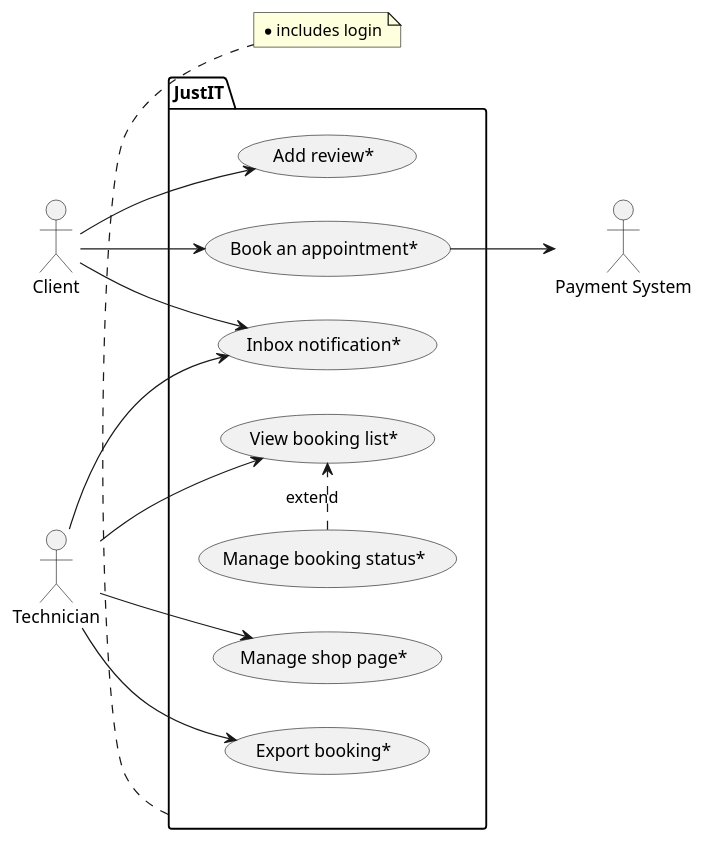
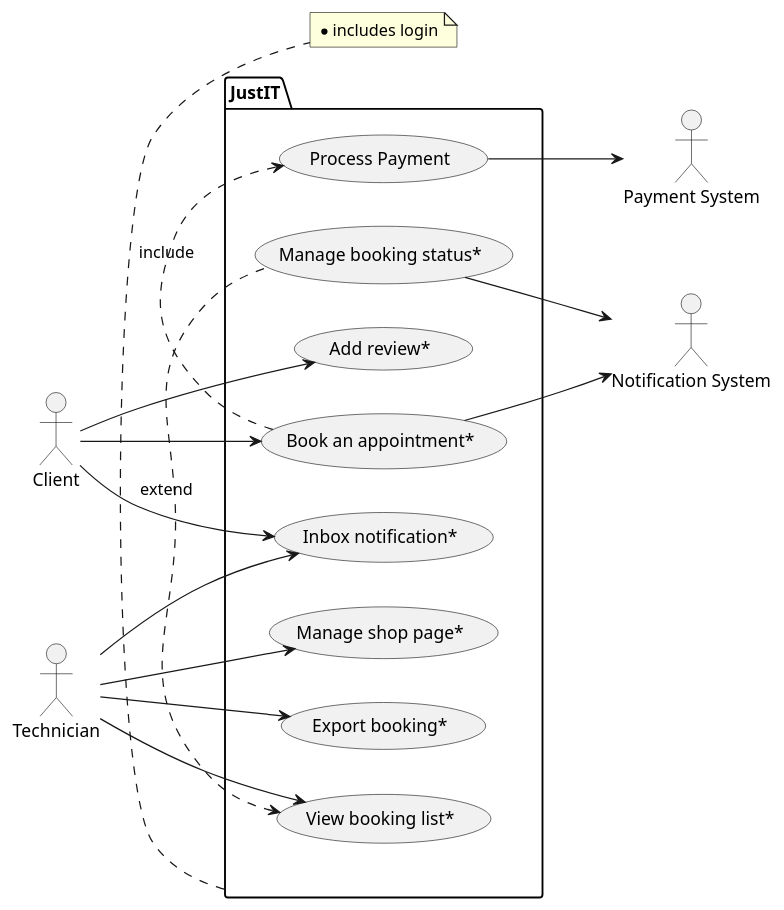
One commit to GiuEliNo/JustIT changed the diagram in doc/use_case/uses_cases_plantuml.md. Above: the diagram before and after it, drawn with PlantUML.

Commit message:
fix (doc): use case diagram update

```diff
--- a/doc/use_case/uses_cases_plantuml.md
+++ b/doc/use_case/uses_cases_plantuml.md
@@ -1,32 +1,39 @@
 @startuml
 left to right direction
 actor "Client" as c
 actor "Technician" as t
+actor "Notification System" as n
 actor "Payment System" as p
+
 
 package JustIT {
 usecase "Add review*" as UC1
 usecase "Book an appointment*" as UC2
 usecase "Inbox notification*" as UC3
 usecase "Manage shop page*" as UC4
 usecase "View booking list*" as UC5
 usecase "Export booking*" as UC6
 usecase "Manage booking status*" as UC7
+usecase "Process Payment" as UC8
+
 
 }
 
 note bottom of JustIT
 * includes login
   end note
 
 c --> UC1
 c --> UC2
 c --> UC3
 t --> UC3
 t --> UC4
 t --> UC5
 t --> UC6
-UC7 .> UC5: extend
-UC2 --> p
+UC2 .> UC8: include
+UC7 -l.> UC5: extend
+UC8 --> p
+UC2 --> n
+UC7 --> n
 
 @enduml
```
